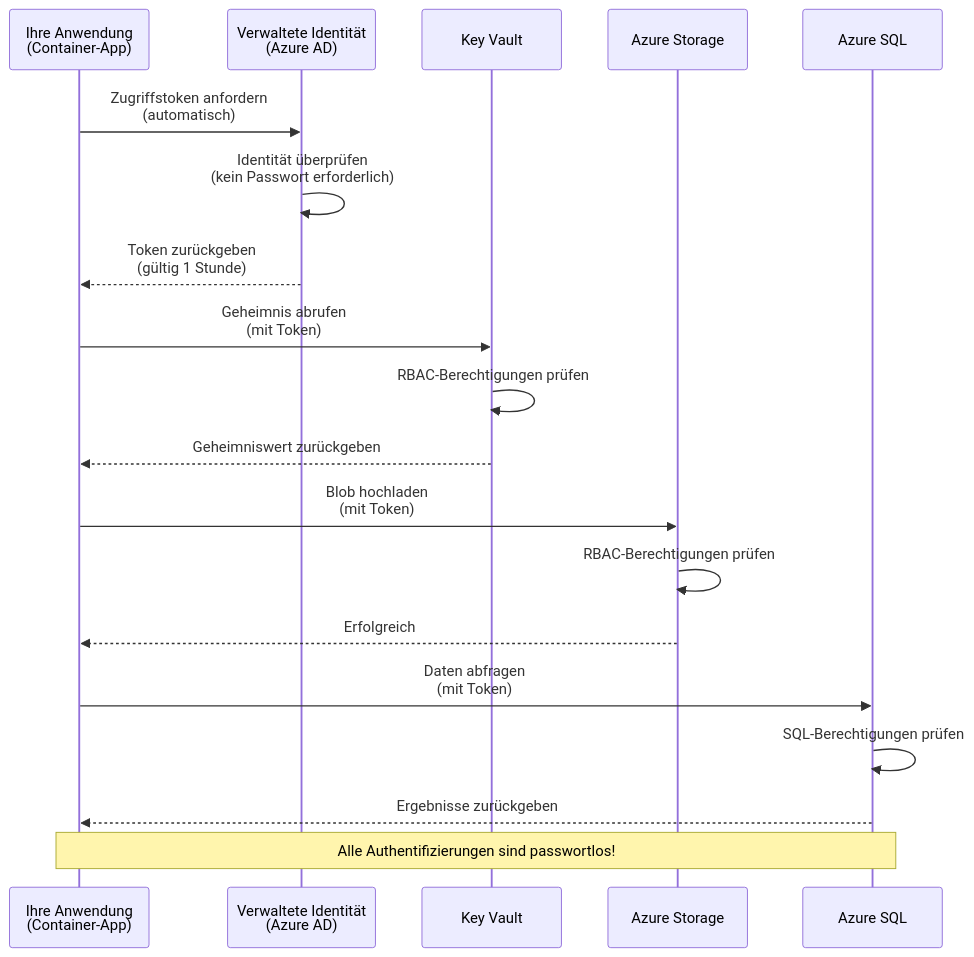
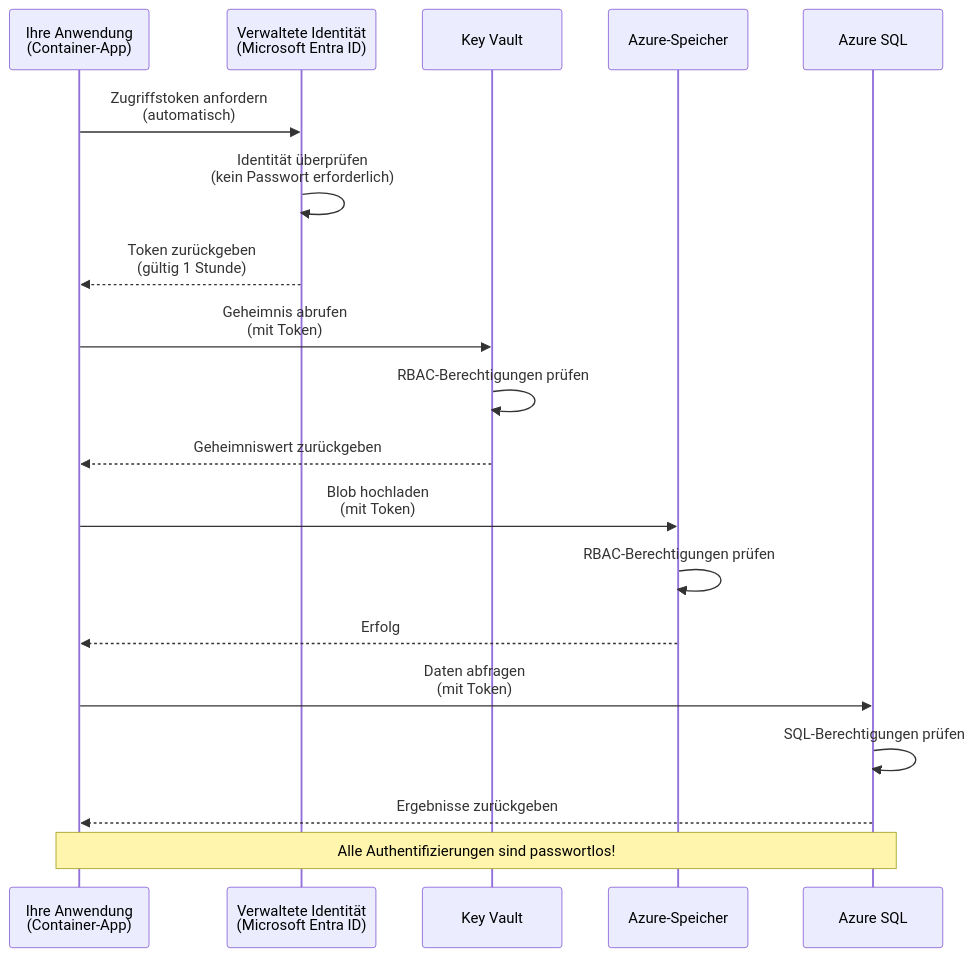
One commit to microsoft/AZD-for-beginners changed the first of 2 diagrams in translations/de/docs/chapter-03-configuration/authsecurity.md. Above: the diagram before and after it, drawn with Mermaid. The commit also changed other lines of this file and 104 other files, not shown here.

````diff
--- a/translations/de/docs/chapter-03-configuration/authsecurity.md
+++ b/translations/de/docs/chapter-03-configuration/authsecurity.md
@@ -69,26 +69,26 @@
 ```mermaid
 sequenceDiagram
     participant App as Ihre Anwendung<br/>(Container-App)
-    participant MI as Verwaltete Identität<br/>(Azure AD)
+    participant MI as Verwaltete Identität<br/>(Microsoft Entra ID)
     participant KV as Key Vault
-    participant Storage as Azure Storage
+    participant Storage as Azure-Speicher
     participant DB as Azure SQL
     
     App->>MI: Zugriffstoken anfordern<br/>(automatisch)
     MI->>MI: Identität überprüfen<br/>(kein Passwort erforderlich)
     MI-->>App: Token zurückgeben<br/>(gültig 1 Stunde)
     
     App->>KV: Geheimnis abrufen<br/>(mit Token)
     KV->>KV: RBAC-Berechtigungen prüfen
     KV-->>App: Geheimniswert zurückgeben
     
     App->>Storage: Blob hochladen<br/>(mit Token)
     Storage->>Storage: RBAC-Berechtigungen prüfen
-    Storage-->>App: Erfolgreich
+    Storage-->>App: Erfolg
     
     App->>DB: Daten abfragen<br/>(mit Token)
     DB->>DB: SQL-Berechtigungen prüfen
     DB-->>App: Ergebnisse zurückgeben
     
     Note over App,DB: Alle Authentifizierungen sind passwortlos!
 ```
````
